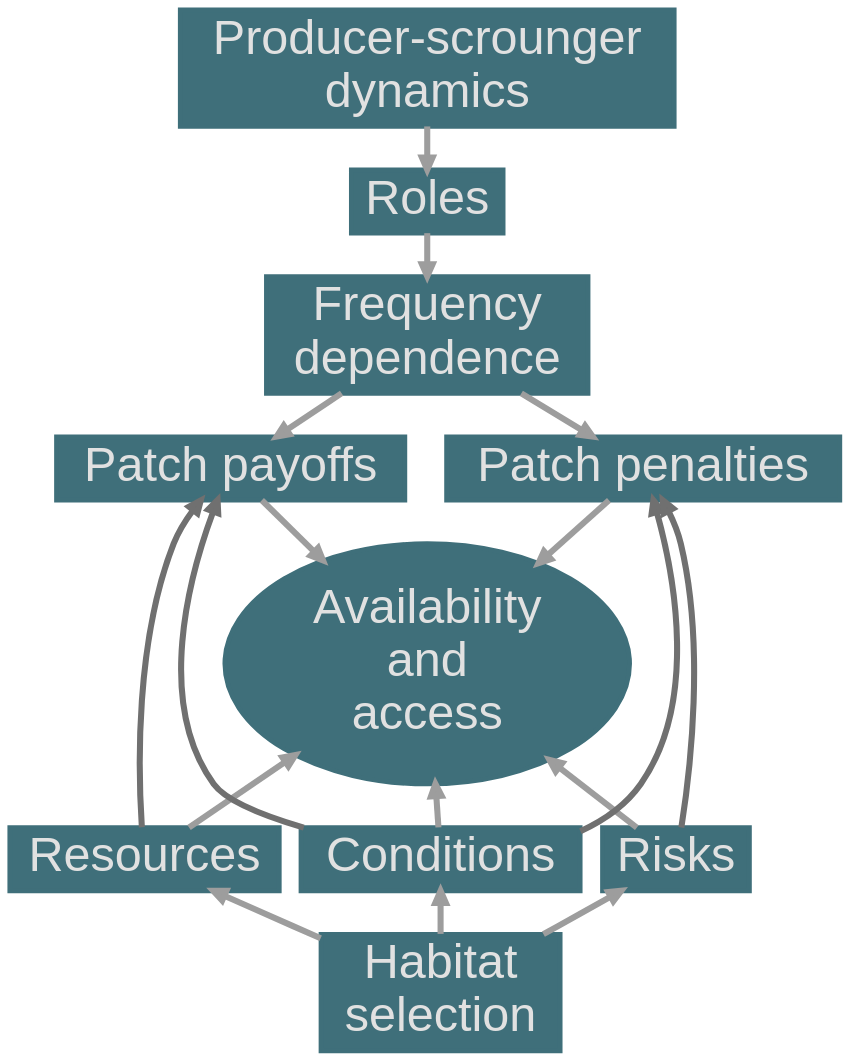
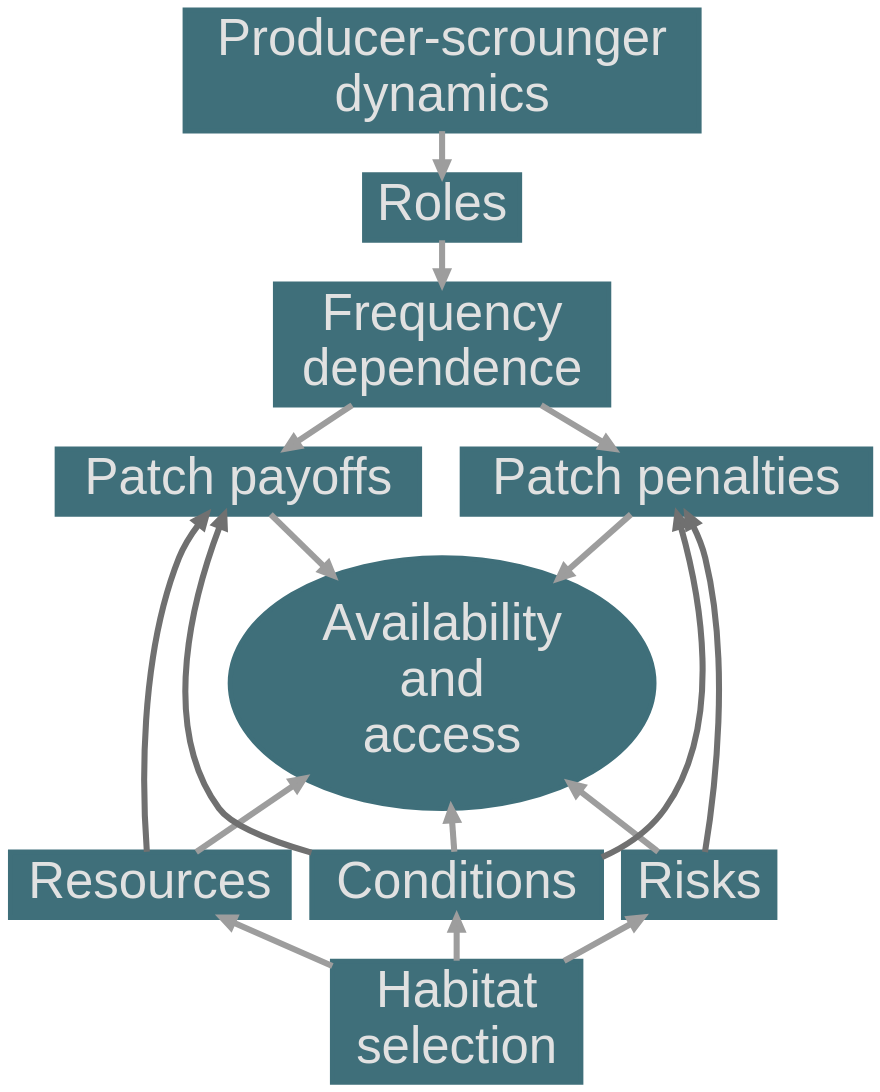
The first of 14 diagrams in slides/slides.qmd (robitalec/comprehensive-exam), drawn with Graphviz before and after one commit. The commit also changed other lines of this file, not shown here.

Commit message:
fix fit of flowchart on slide

````diff
--- a/slides/slides.qmd
+++ b/slides/slides.qmd
@@ -36,28 +33,28 @@
 ```{dot}
 //| fig-width: 3.5
 digraph habitat_and_producer {
   bgcolor = transparent;
   rankdir = TB
-	node [fontsize = 40, shape = box, fontname = Helvetica, fontcolor = "#e1e1e1", style = filled, color = "#3f6f7a", fillcolor = "#3f6f7a", penwidth = 4]
+	node [fontsize = 42, shape = box, fontname = Helvetica, fontcolor = "#e1e1e1", style = filled, color = "#3f6f7a", fillcolor = "#3f6f7a", penwidth = 4]
 	edge [penwidth = 5, color = "#9d9d9d"] 
 	Habitat [label = "Habitat\nselection"]
 	Resources []
 	Conditions []
 	Risks []
 
     Roles []
 	access_avail [label = "Availability\nand\naccess", shape = ellipse]
 	ps_dyn [label = "Producer-scrounger\ndynamics"]
 	freq [label = "Frequency\ndependence"]
 	patch_penalties [label = "Patch penalties"]
 	patch_payoffs [label = "Patch payoffs"]
 
 	ps_dyn -> Roles -> freq -> {patch_penalties patch_payoffs}
 	{patch_penalties patch_payoffs} -> access_avail
 	access_avail -> {Resources Conditions Risks} [dir = back]
 	{patch_penalties} ->  Risks [color = "#707070", dir = back]
 	patch_payoffs -> Resources [color = "#707070", dir = back]
 	{patch_payoffs patch_penalties} -> Conditions [color = "#707070", dir = back]
 	{Resources Risks Conditions} -> Habitat [dir = back]
 }
 ```
````
